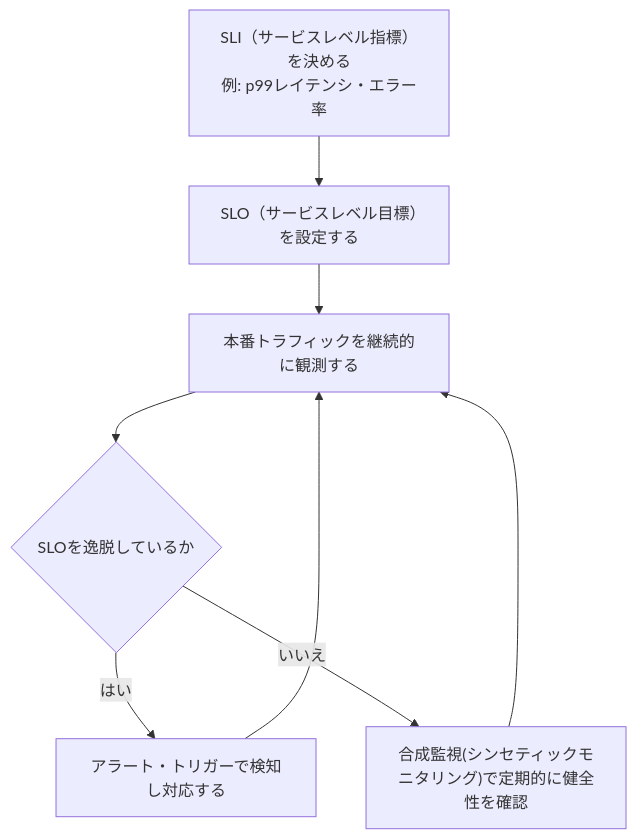
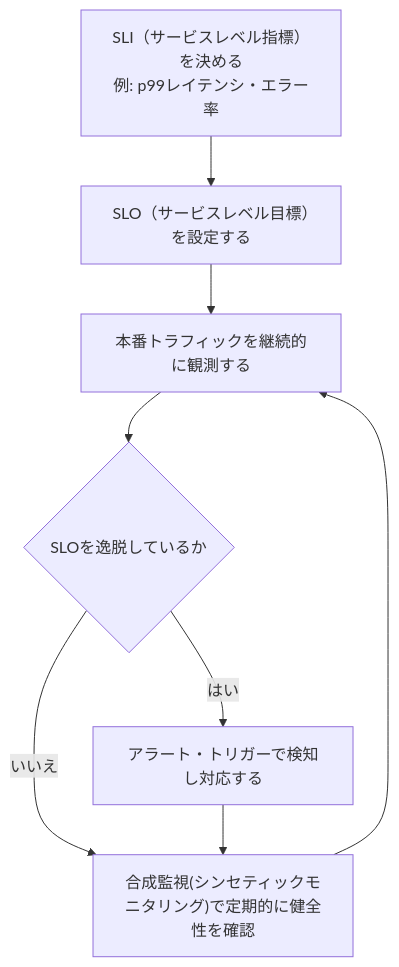
Before and after one commit to myoshi2891/Quality-Assurance-Studies: the tenth of 10 diagrams in Testing-web-apis-guide.md, drawn with Mermaid.

Commit message:
docs(web-apis): 本番監視フロー図の遷移矢印を修正

````diff
--- a/Testing-web-apis-guide.md
+++ b/Testing-web-apis-guide.md
@@ -454,10 +454,10 @@
 ```mermaid
 flowchart TD
     A["SLI（サービスレベル指標）を決める<br/>例: p99レイテンシ・エラー率"] --> B["SLO（サービスレベル目標）を設定する"]
     B --> C["本番トラフィックを継続的に観測する"]
     C --> D{"SLOを逸脱しているか"}
     D -- "はい" --> E["アラート・トリガーで検知し対応する"]
     D -- "いいえ" --> F["合成監視(シンセティックモニタリング)で定期的に健全性を確認"]
-    E --> C
+    E --> F
     F --> C
 ```
````
